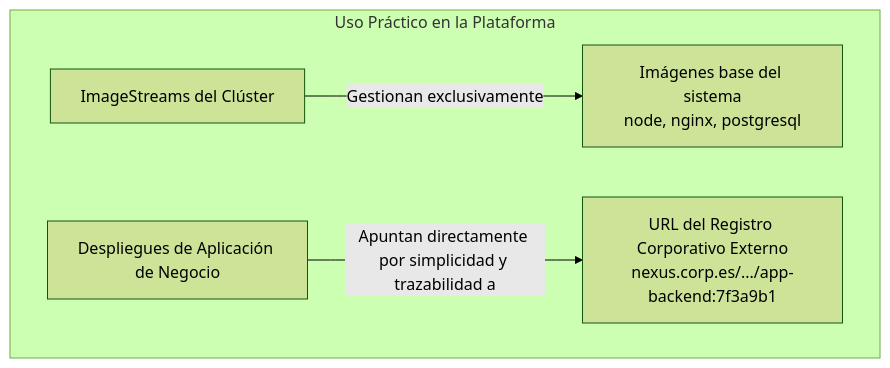
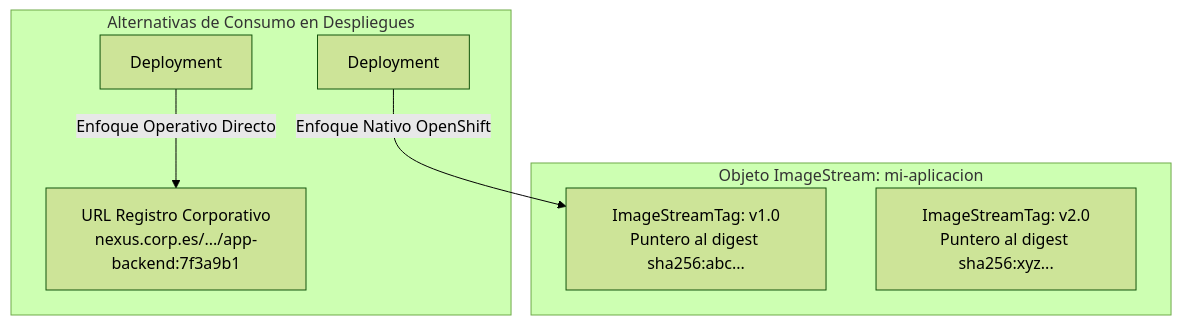
The sixth of 7 diagrams in docs/sesion4/4.4 Registro, gestión y seguridad de imágenes.md (ieftraining/curso-openshift), drawn with Mermaid (forest theme) before and after one commit. The commit also changed other lines of this file, not shown here.

````diff
--- a/docs/sesion4/4.4 Registro, gestión y seguridad de imágenes.md
+++ b/docs/sesion4/4.4 Registro, gestión y seguridad de imágenes.md
@@ -148,7 +148,12 @@
 ```mermaid
 flowchart TD
-    subgraph Uso Práctico en la Plataforma
-        A[ImageStreams del Clúster] -->|Gestionan exclusivamente| B[Imágenes base del sistema<br>node, nginx, postgresql]
-        C[Despliegues de Aplicación de Negocio] -->|Apuntan directamente por simplicidad y trazabilidad a| D[URL del Registro Corporativo Externo<br>nexus.corp.es/.../app-backend:7f3a9b1]
+    subgraph Objeto ImageStream: mi-aplicacion
+        IST1[ImageStreamTag: v1.0<br>Puntero al digest sha256:abc...]
+        IST2[ImageStreamTag: v2.0<br>Puntero al digest sha256:xyz...]
+    end
+
+    subgraph Alternativas de Consumo en Despliegues
+        D[Deployment] -->|Enfoque Nativo OpenShift| IST1
+        E[Deployment] -->|Enfoque Operativo Directo| R[URL Registro Corporativo<br>nexus.corp.es/.../app-backend:7f3a9b1]
     end
 ```
````
